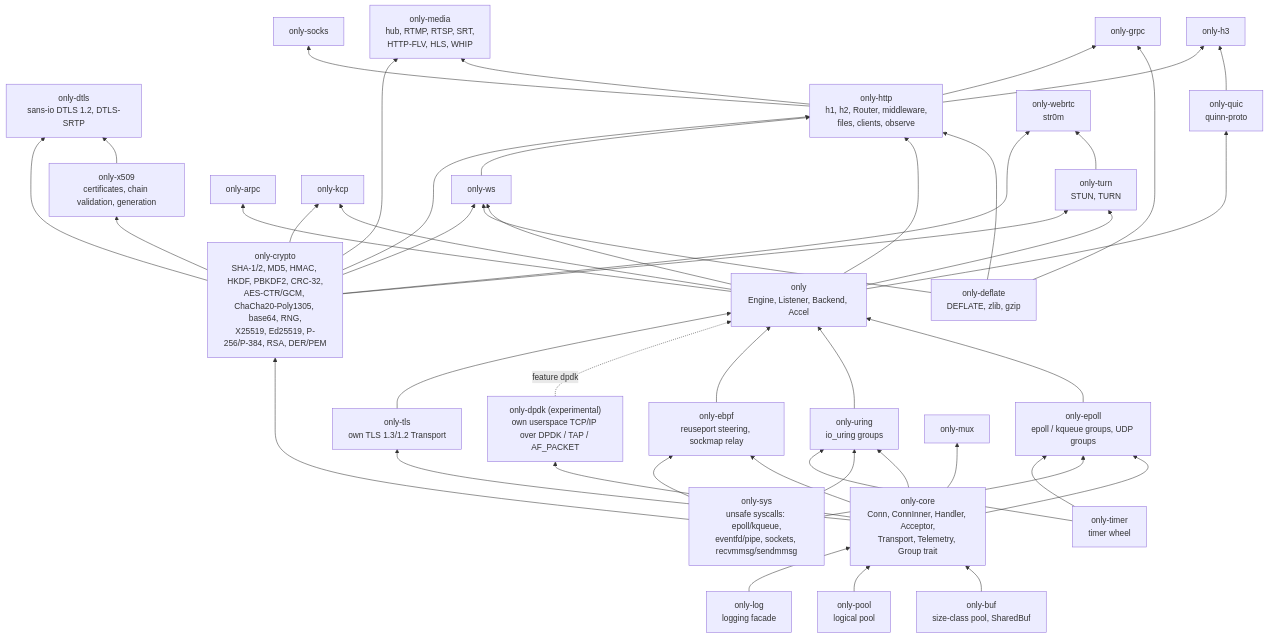
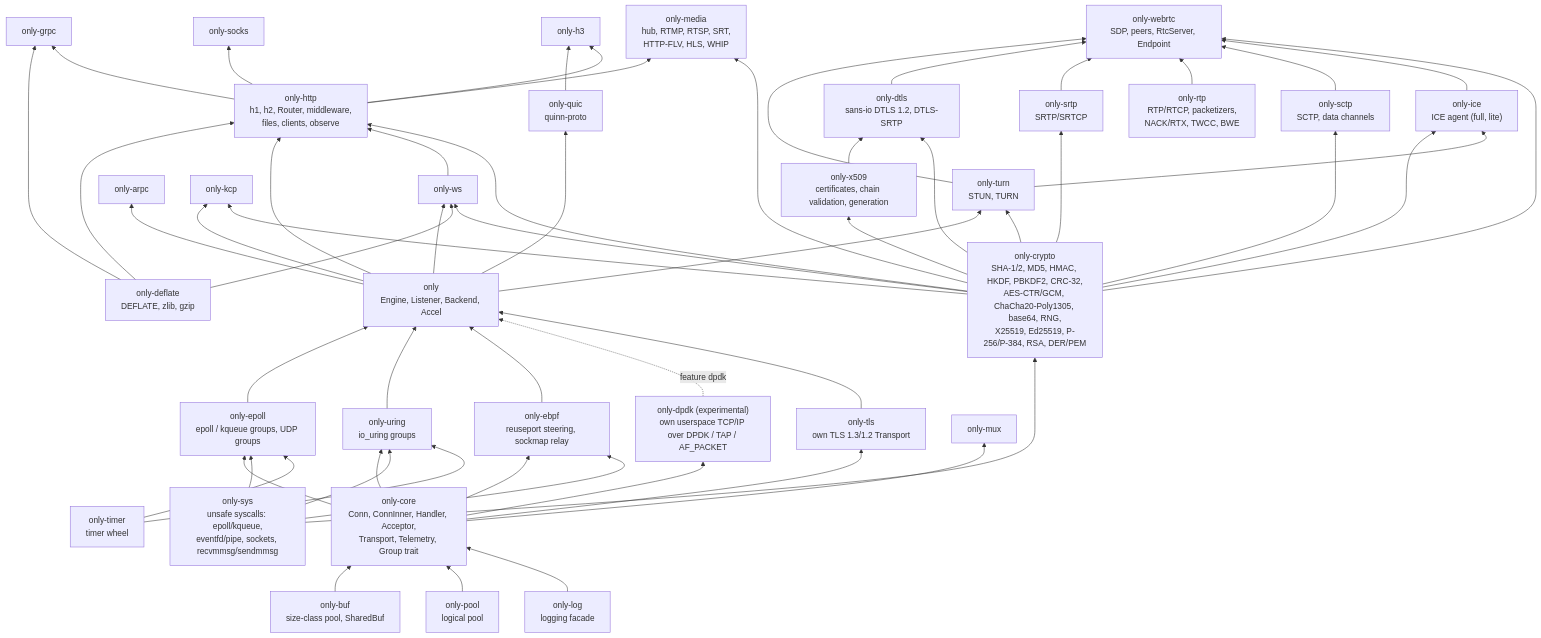
One commit to lesismal/akio changed the first of 6 diagrams in docs/architecture.md. Above: the diagram before and after it, drawn with Mermaid. The commit also changed other lines of this file and 2145 other files, not shown here.

First line of the commit message:
feat(only-webrtc)!: own sans-io WebRTC stack, no str0m/dimpl/p256 (DEV-PLAN wave D)

```diff
--- a/docs/architecture.md
+++ b/docs/architecture.md
@@ -16,6 +16,10 @@
     crypto["only-crypto<br/>SHA-1/2, MD5, HMAC, HKDF, PBKDF2, CRC-32,<br/>AES-CTR/GCM, ChaCha20-Poly1305, base64, RNG,<br/>X25519, Ed25519, P-256/P-384, RSA, DER/PEM"]
     x509["only-x509<br/>certificates, chain validation, generation"]
     dtls["only-dtls<br/>sans-io DTLS 1.2, DTLS-SRTP"]
+    srtp["only-srtp<br/>SRTP/SRTCP"]
+    rtp["only-rtp<br/>RTP/RTCP, packetizers,<br/>NACK/RTX, TWCC, BWE"]
+    sctp["only-sctp<br/>SCTP, data channels"]
+    ice["only-ice<br/>ICE agent (full, lite)"]
     buf["only-buf<br/>size-class pool, SharedBuf"]
     timer["only-timer<br/>timer wheel"]
     deflate["only-deflate<br/>DEFLATE, zlib, gzip"]
@@ -38,7 +42,7 @@
     h3[only-h3]
     kcp[only-kcp]
     turn["only-turn<br/>STUN, TURN"]
-    webrtc["only-webrtc<br/>str0m"]
+    webrtc["only-webrtc<br/>SDP, peers, RtcServer, Endpoint"]
     media["only-media<br/>hub, RTMP, RTSP, SRT,<br/>HTTP-FLV, HLS, WHIP"]
 
     buf --> core
@@ -80,6 +84,15 @@
     crypto --> x509
     x509 --> dtls
     crypto --> dtls
+    crypto --> srtp
+    crypto --> sctp
+    crypto --> ice
+    turn --> ice
+    dtls --> webrtc
+    srtp --> webrtc
+    rtp --> webrtc
+    sctp --> webrtc
+    ice --> webrtc
     crypto --> ws
     crypto --> http
     crypto --> kcp
```
